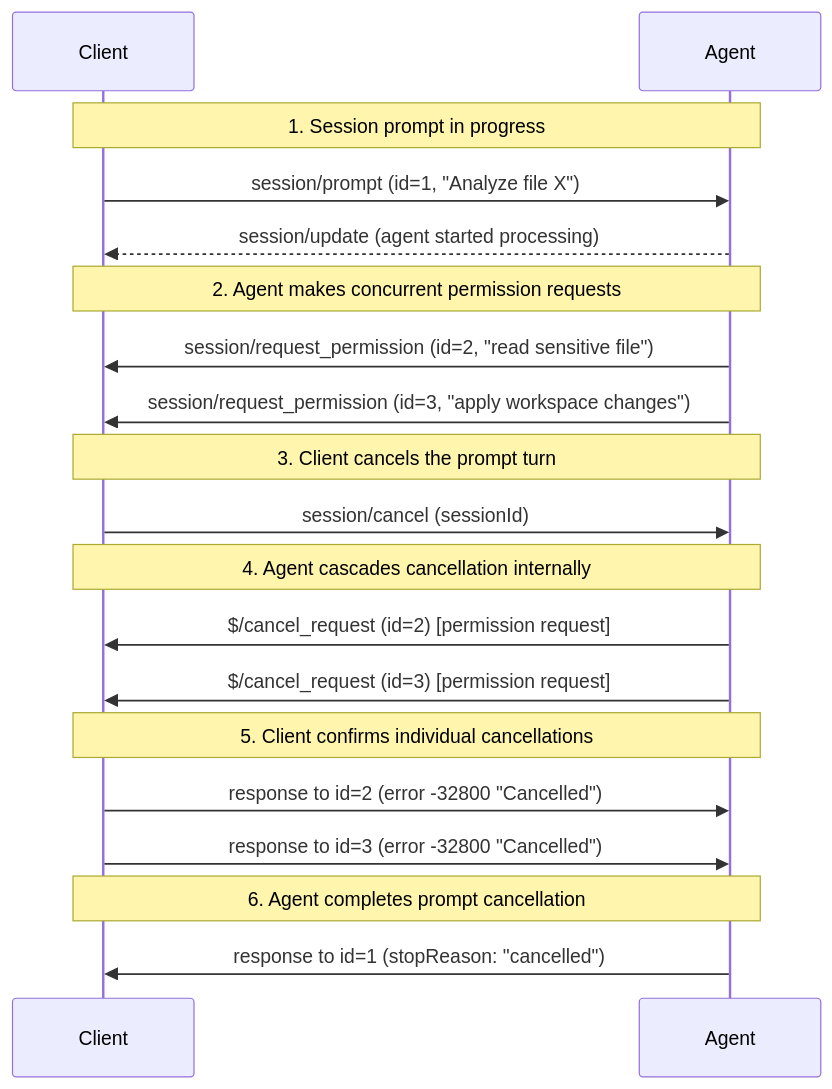
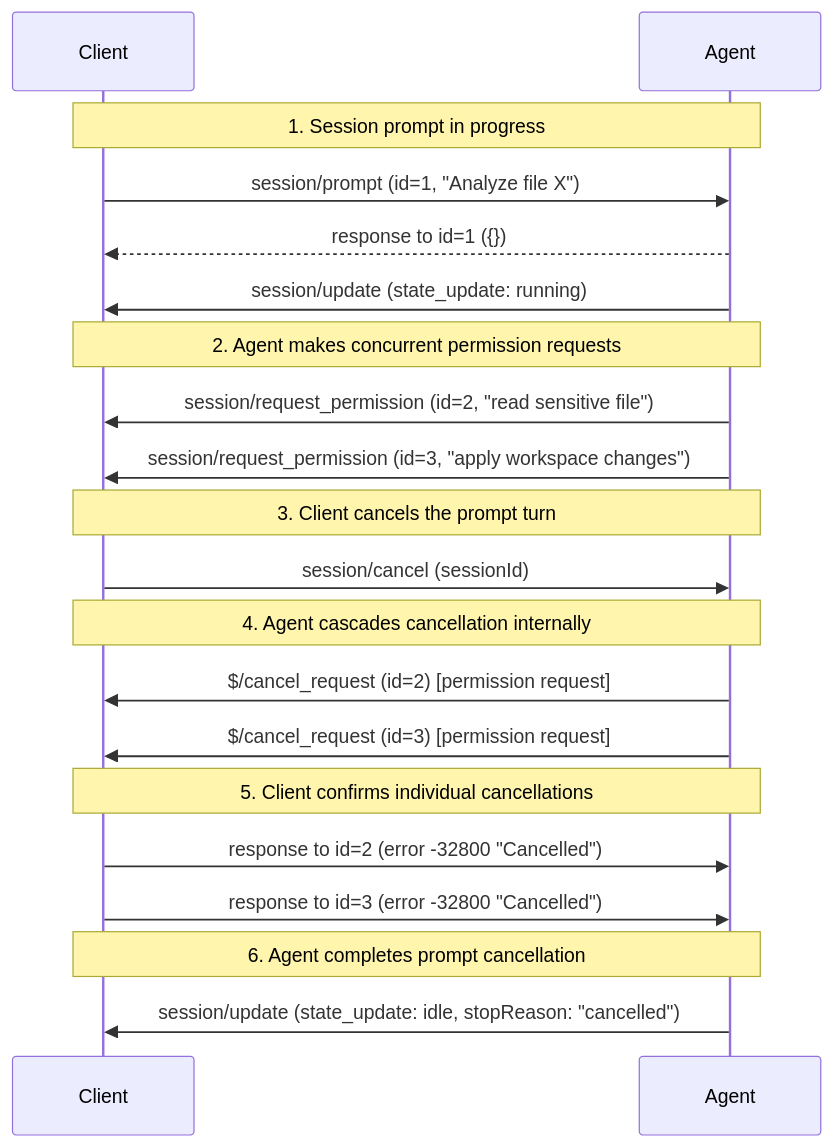
Before and after one commit to agentclientprotocol/agent-client-protocol: the diagram in docs/protocol/v2/draft/cancellation.mdx, drawn with Mermaid. The commit also changed 31 other files, not shown here.

````diff
--- a/docs/protocol/v2/draft/cancellation.mdx
+++ b/docs/protocol/v2/draft/cancellation.mdx
@@ -42,27 +42,28 @@
 ```mermaid
 sequenceDiagram
     participant Client
     participant Agent
 
     Note over Client,Agent: 1. Session prompt in progress
     Client->>Agent: session/prompt (id=1, "Analyze file X")
-    Agent-->>Client: session/update (agent started processing)
+    Agent-->>Client: response to id=1 ({})
+    Agent->>Client: session/update (state_update: running)
 
     Note over Client,Agent: 2. Agent makes concurrent permission requests
     Agent->>Client: session/request_permission (id=2, "read sensitive file")
     Agent->>Client: session/request_permission (id=3, "apply workspace changes")
 
     Note over Client,Agent: 3. Client cancels the prompt turn
     Client->>Agent: session/cancel (sessionId)
 
     Note over Client,Agent: 4. Agent cascades cancellation internally
     Agent->>Client: $/cancel_request (id=2) [permission request]
     Agent->>Client: $/cancel_request (id=3) [permission request]
 
     Note over Client,Agent: 5. Client confirms individual cancellations
     Client->>Agent: response to id=2 (error -32800 "Cancelled")
     Client->>Agent: response to id=3 (error -32800 "Cancelled")
 
     Note over Client,Agent: 6. Agent completes prompt cancellation
-    Agent->>Client: response to id=1 (stopReason: "cancelled")
+    Agent->>Client: session/update (state_update: idle, stopReason: "cancelled")
 ```
````
